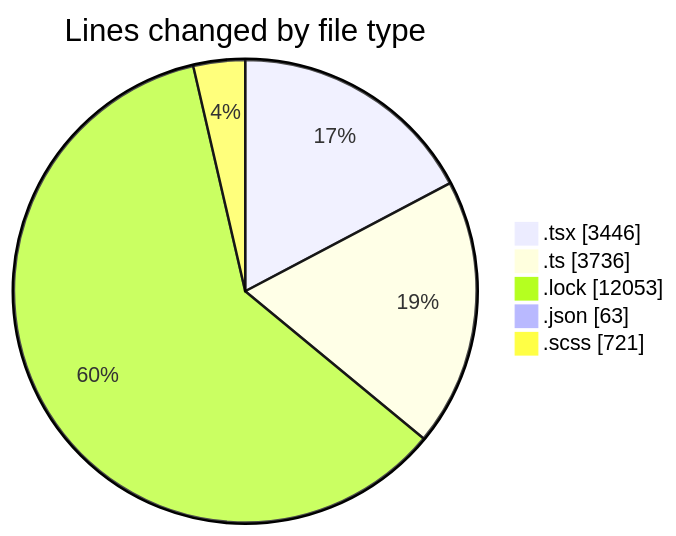
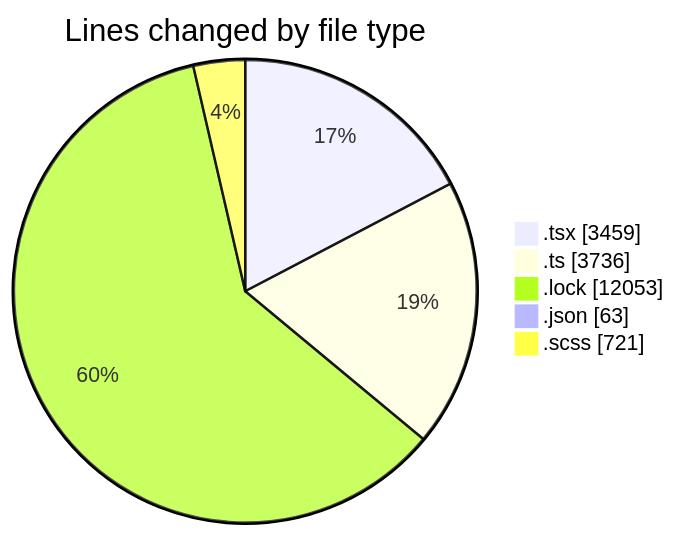
One commit to momahboobian/code-tracking changed the first of 2 diagrams in 2025-12-03/cda/README.md. Above: the diagram before and after it, drawn with Mermaid. The commit also changed other lines of this file and 1 other file, not shown here.

````diff
--- a/2025-12-03/cda/README.md
+++ b/2025-12-03/cda/README.md
@@ -32,9 +32,9 @@
 ```mermaid
 pie showData
 title Lines changed by file type
-".tsx" : 3446
+".tsx" : 3459
 ".ts" : 3736
 ".lock" : 12053
 ".json" : 63
 ".scss" : 721
 ```
````
